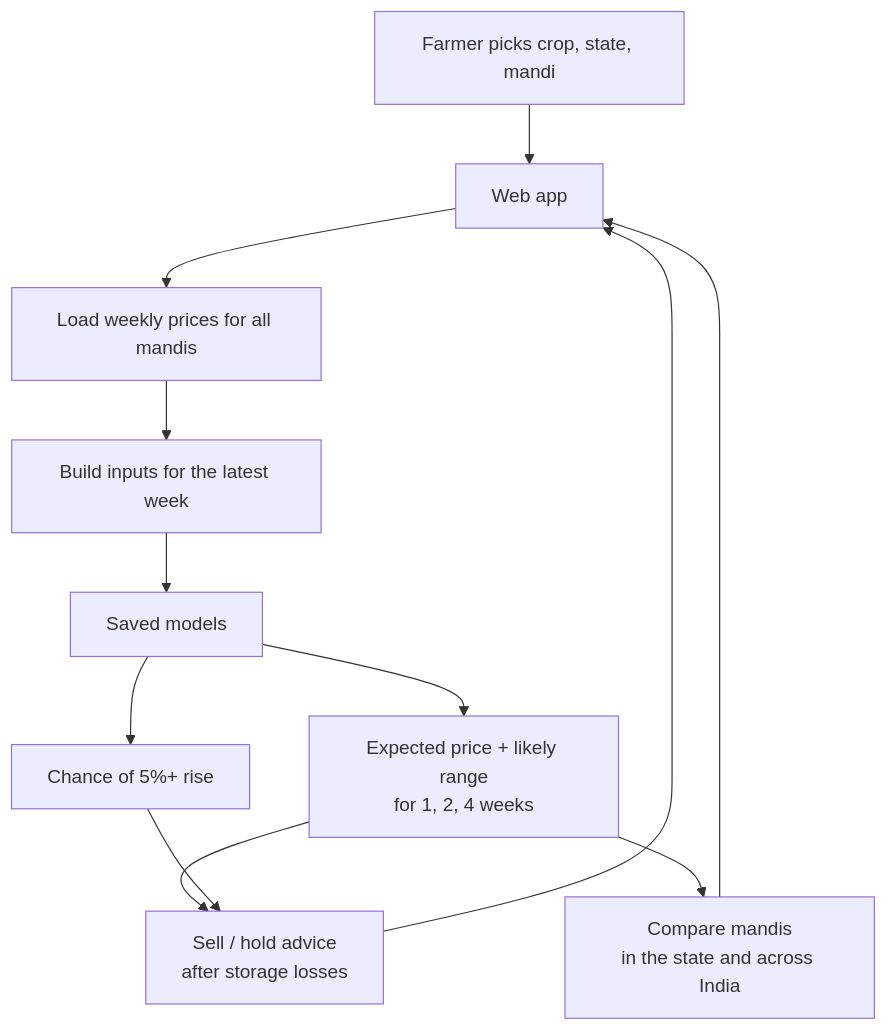
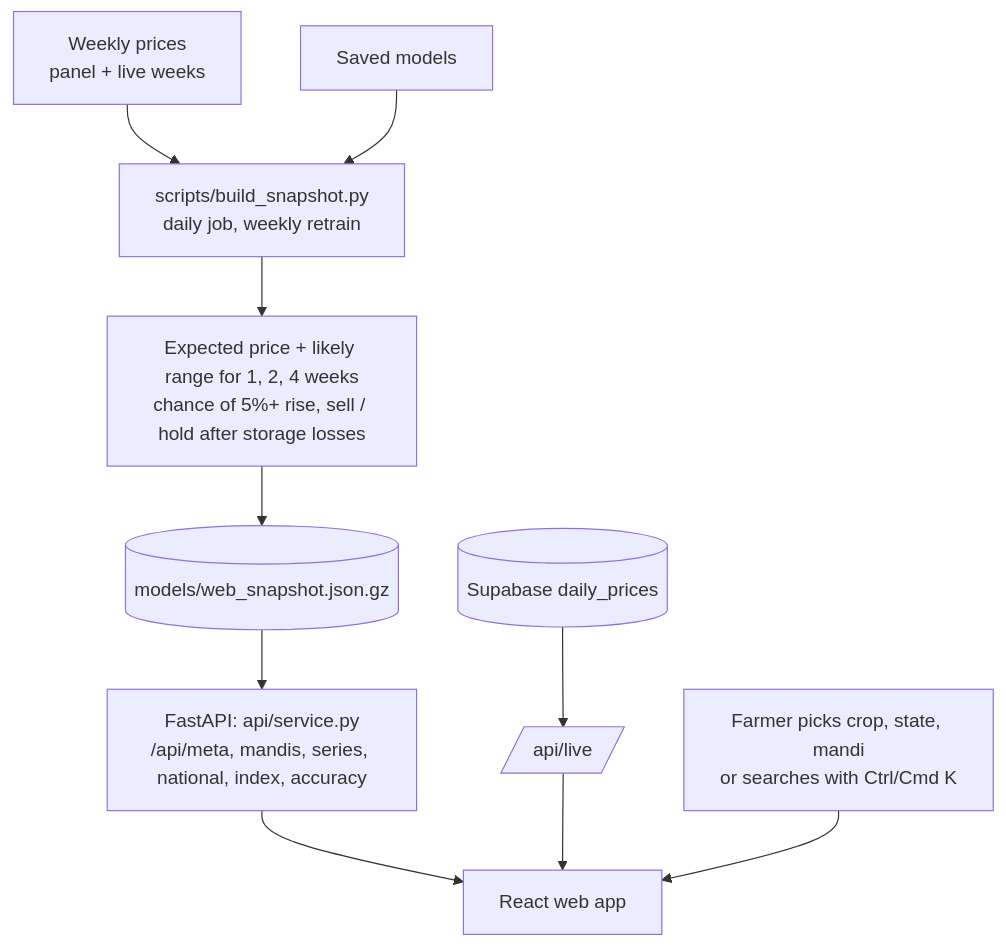
One commit to Iamshi-vissa/FarmStat changed the third of 3 diagrams in README.md. Above: the diagram before and after it, drawn with Mermaid. The commit also changed other lines of this file and 54 other files, not shown here.

````diff
--- a/README.md
+++ b/README.md
@@ -231,14 +283,12 @@
 ```mermaid
 flowchart TB
-    U[Farmer picks crop, state, mandi] --> APP[Web app]
-    APP --> D[Load weekly prices for all mandis]
-    D --> FE[Build inputs for the latest week]
-    FE --> MOD[Saved models]
-    MOD --> FC[Expected price + likely range<br/>for 1, 2, 4 weeks]
-    MOD --> PR[Chance of 5%+ rise]
-    FC --> ADV[Sell / hold advice<br/>after storage losses]
-    PR --> ADV
-    ADV --> APP
-    FC --> CMP[Compare mandis<br/>in the state and across India]
-    CMP --> APP
+    D[Weekly prices<br/>panel + live weeks] --> J[scripts/build_snapshot.py<br/>daily job, weekly retrain]
+    M[Saved models] --> J
+    J --> FC[Expected price + likely range for 1, 2, 4 weeks<br/>chance of 5%+ rise, sell / hold after storage losses]
+    FC --> S[(models/web_snapshot.json.gz)]
+    S --> API[FastAPI: api/service.py<br/>/api/meta, mandis, series, national, index, accuracy]
+    L[(Supabase daily_prices)] --> API2[/api/live/]
+    API --> APP[React web app]
+    API2 --> APP
+    U[Farmer picks crop, state, mandi<br/>or searches with Ctrl/Cmd K] --> APP
 ```
````
